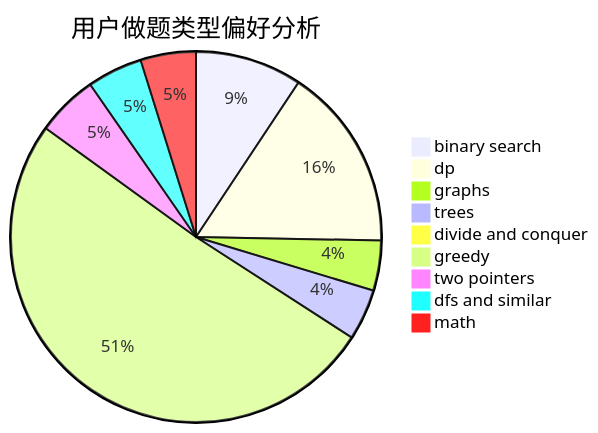
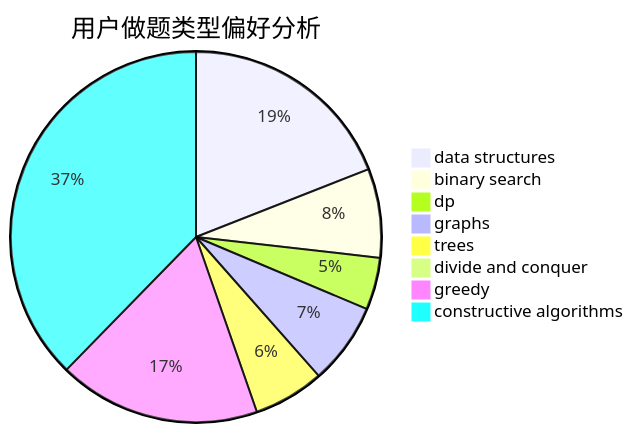
One commit to sherpahu/cfrs.github.io changed the second of 3 diagrams in docs/user/u2678.md. Above: the diagram before and after it, drawn with Mermaid. The commit also changed other lines of this file and 2775 other files, not shown here.

````diff
--- a/docs/user/u2678.md
+++ b/docs/user/u2678.md
@@ -23,12 +23,11 @@
 ```mermaid
 pie title 用户做题类型偏好分析
-    "binary search" :  224
-    "dp" :  384
-    "graphs" :  105
-    "trees" :  107
-    "divide and conquer" :  16
-    "greedy" :  1222
-    "two pointers" :  129
-    "dfs and similar" :  116
-    "math" :  116
+    "data structures" :  243
+    "binary search" :  99
+    "dp" :  58
+    "graphs" :  91
+    "trees" :  79
+    "divide and conquer" :  11
+    "greedy" :  225
+    "constructive algorithms" :  481
 ```
````
